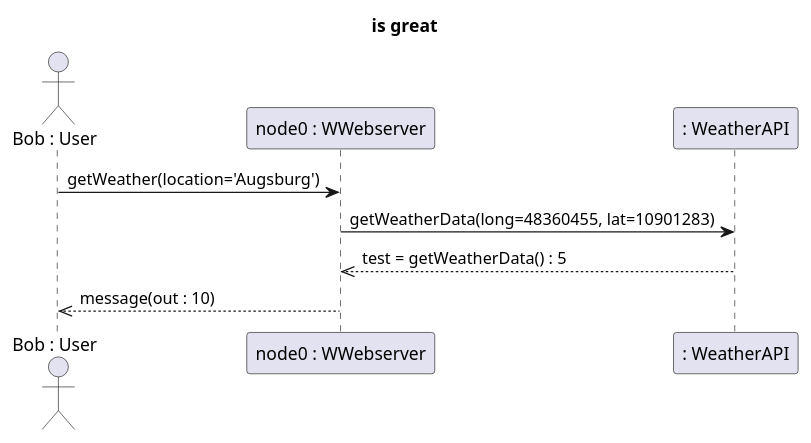
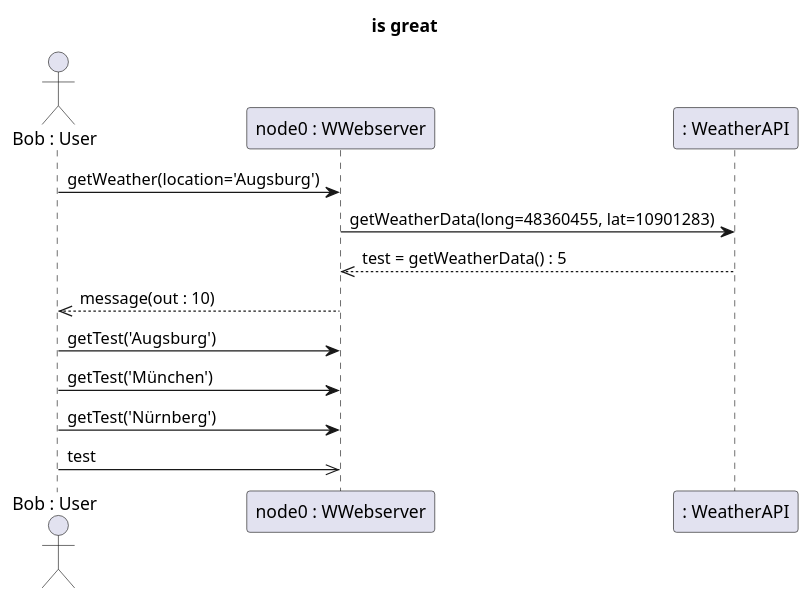
One commit to elite-se/mdd-puml-to-uml changed the diagram in qvto/models/example.plantuml. Above: the diagram before and after it, drawn with PlantUML. The commit also changed 2 other files, not shown here.

```diff
--- a/qvto/models/example.plantuml
+++ b/qvto/models/example.plantuml
@@ -1,11 +1,15 @@
 @startuml
 title Weather API
 title is great
 actor "Bob : User" as Bob
 participant "node0 : WWebserver" as node0
 participant ": WeatherAPI"
 Bob -> node0: getWeather(location='Augsburg')
 node0 -> ": WeatherAPI" : getWeatherData(long=48360455, lat=10901283)
 node0 <<-- ": WeatherAPI" : test = getWeatherData() : 5
 Bob <<-- node0 : message(out : 10)
+Bob -> node0: getTest('Augsburg')
+Bob -> node0: getTest('München')
+Bob -> node0: getTest('Nürnberg')
+Bob ->> node0: test
 @enduml
```
